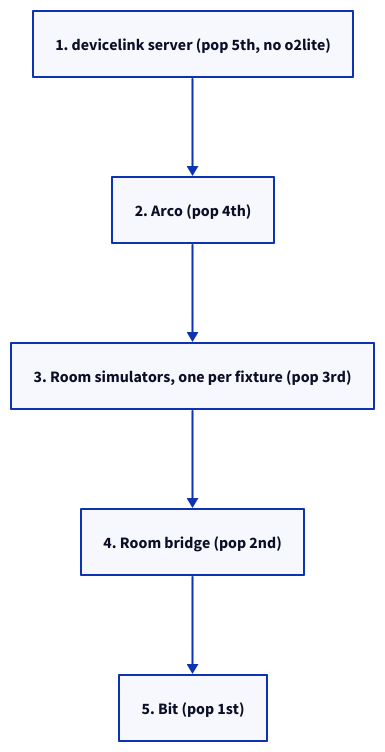
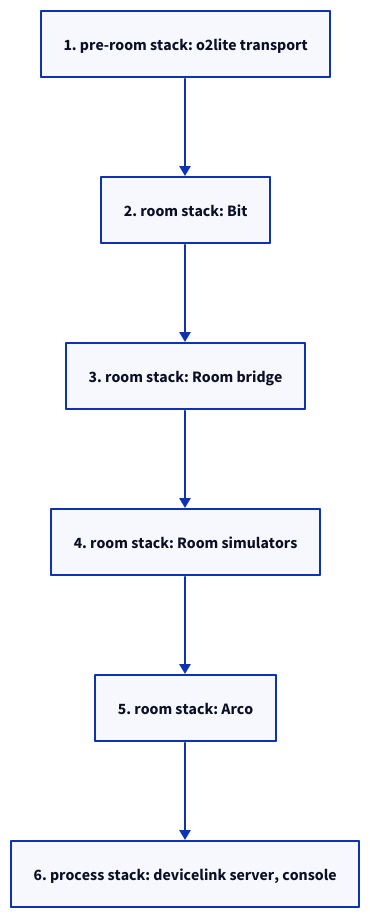
Before and after one commit to Musical-Mycology/mm-terrarium: the diagram in docs/diagrams/boot-teardown.d2, drawn with D2. The commit also changed 7 other files, not shown here.

First line of the commit message:
docs(diagrams): sync diagrams to the two-stack teardown + Terrarium state machine

```diff
--- a/docs/diagrams/boot-teardown.d2
+++ b/docs/diagrams/boot-teardown.d2
@@ -1,8 +1,9 @@
 direction: down
 
-p1: "1. devicelink server (pop 5th, no o2lite)"
-p2: 2. Arco (pop 4th)
-p3: 3. Room simulators, one per fixture (pop 3rd)
-p4: 4. Room bridge (pop 2nd)
-p5: 5. Bit (pop 1st)
-p1 -> p2 -> p3 -> p4 -> p5
+p1: "1. pre-room stack: o2lite transport"
+p2: "2. room stack: Bit"
+p3: "3. room stack: Room bridge"
+p4: "4. room stack: Room simulators"
+p5: "5. room stack: Arco"
+p6: "6. process stack: devicelink server, console"
+p1 -> p2 -> p3 -> p4 -> p5 -> p6
```
